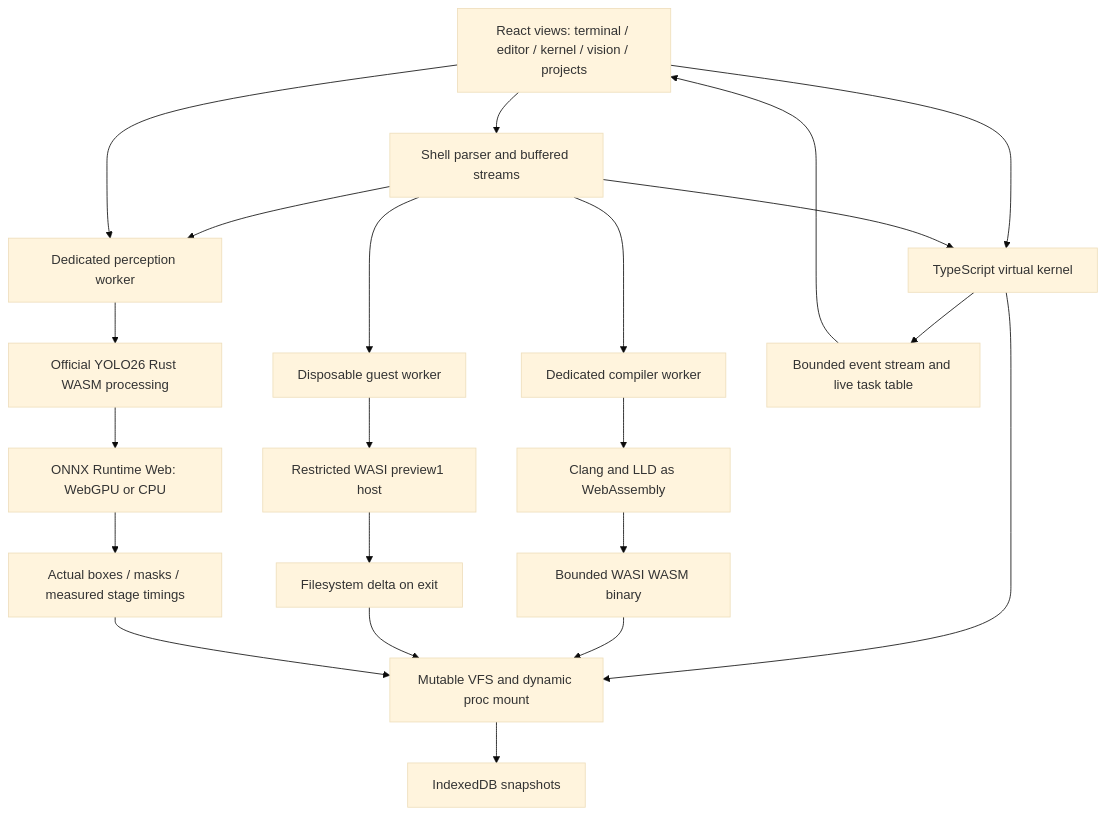
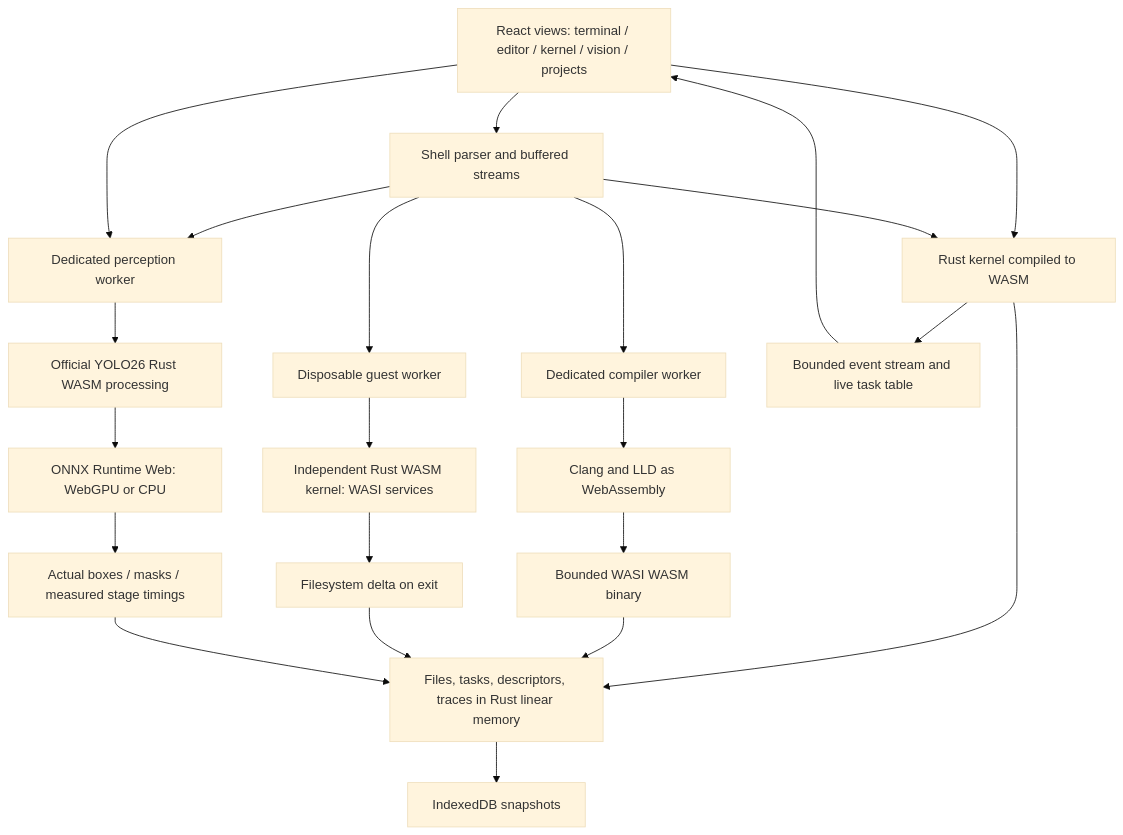
Before and after one commit to haokun12x/diorama: the diagram in docs/ARCHITECTURE.md, drawn with Mermaid (base theme). The commit also changed other lines of this file and 45 other files, not shown here.

Commit message:
Run kernel state and WASI system services in Rust WebAssembly

````diff
--- a/docs/ARCHITECTURE.md
+++ b/docs/ARCHITECTURE.md
@@ -5,24 +5,24 @@
 ```mermaid
 flowchart TD
   Views[React views: terminal / editor / kernel / vision / projects] --> Shell[Shell parser and buffered streams]
-  Views --> Kernel[TypeScript virtual kernel]
+  Views --> Kernel[Rust kernel compiled to WASM]
   Shell --> Kernel
-  Kernel --> VFS[Mutable VFS and dynamic proc mount]
+  Kernel --> VFS[Files, tasks, descriptors, traces in Rust linear memory]
   VFS --> Store[IndexedDB snapshots]
   Shell --> Compile[Dedicated compiler worker]
   Compile --> Clang[Clang and LLD as WebAssembly]
   Clang --> Binary[Bounded WASI WASM binary]
   Binary --> VFS
   Shell --> Guest[Disposable guest worker]
-  Guest --> WASI[Restricted WASI preview1 host]
+  Guest --> WASI[Independent Rust WASM kernel: WASI services]
   WASI --> Delta[Filesystem delta on exit]
   Delta --> VFS
   Shell --> Vision[Dedicated perception worker]
   Views --> Vision
   Vision --> YOLO[Official YOLO26 Rust WASM processing]
   YOLO --> ORT[ONNX Runtime Web: WebGPU or CPU]
   ORT --> Results[Actual boxes / masks / measured stage timings]
   Results --> VFS
   Kernel --> Trace[Bounded event stream and live task table]
   Trace --> Views
 ```
````
